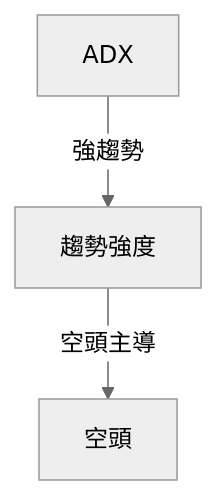
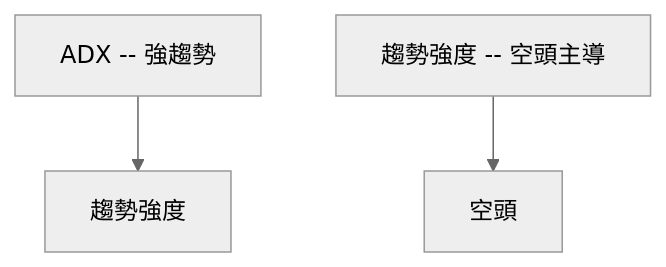
One commit to yennanliu/finance_data changed the third of 10 diagrams in ai_gen_report/stock/grab/technical_analysis_2026-03-29_openai.md. Above: the diagram before and after it, drawn with Mermaid (neutral theme). The commit also changed other lines of this file and 2258 other files, not shown here.

First line of the commit message:
chore: backfill Mermaid syntax repair across existing reports

````diff
--- a/ai_gen_report/stock/grab/technical_analysis_2026-03-29_openai.md
+++ b/ai_gen_report/stock/grab/technical_analysis_2026-03-29_openai.md
@@ -126,5 +126,5 @@
 ```mermaid
 graph TD
-    ADX -- 強趨勢 --> 趨勢強度
-    趨勢強度 -- 空頭主導 --> 空頭
+    nb1["ADX -- 強趨勢"] --> 趨勢強度
+    nb2["趨勢強度 -- 空頭主導"] --> 空頭
 ```
````
